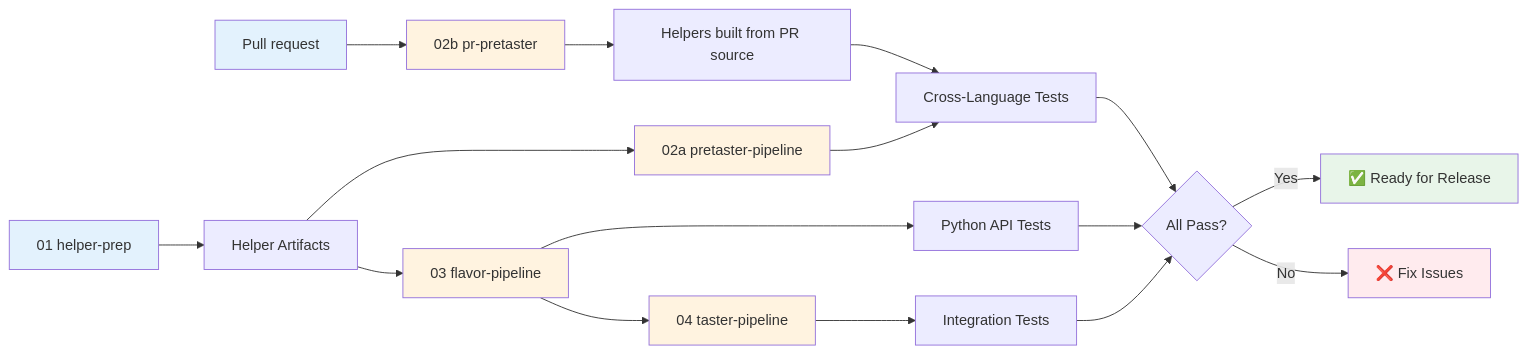
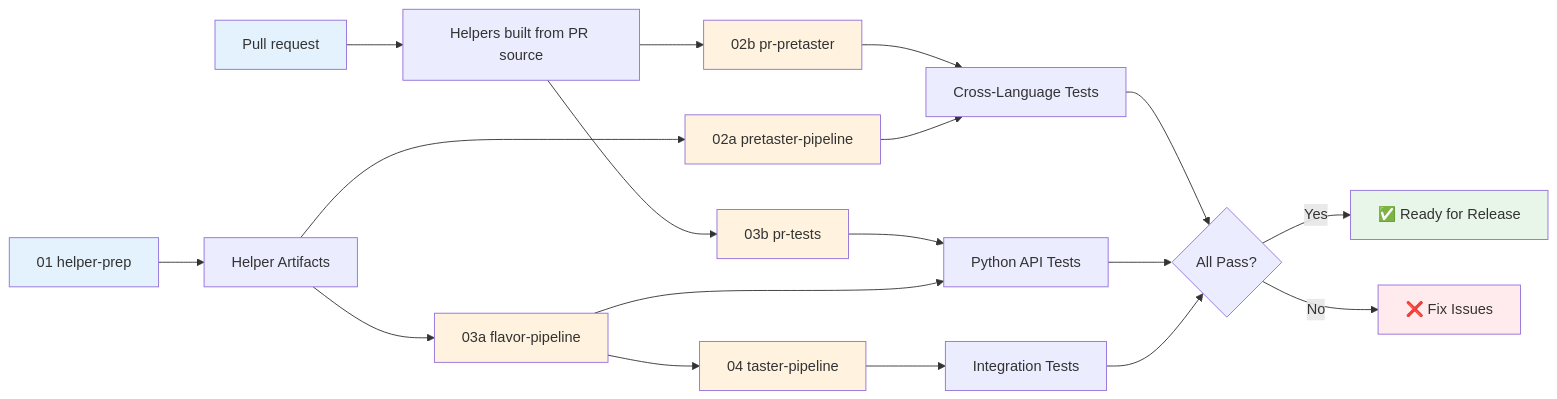
One commit to provide-io/flavorpack changed the diagram in docs/development/ci-cd.md. Above: the diagram before and after it, drawn with Mermaid. The commit also changed other lines of this file and 6 other files, not shown here.

````diff
--- a/docs/development/ci-cd.md
+++ b/docs/development/ci-cd.md
@@ -9,31 +9,34 @@
 ```mermaid
 graph LR
     A[01 helper-prep] --> B[Helper Artifacts]
     B --> C[02a pretaster-pipeline]
-    B --> D[03 flavor-pipeline]
+    B --> D[03a flavor-pipeline]
     D --> E[04 taster-pipeline]
 
-    P[Pull request] --> Q[02b pr-pretaster]
-    Q --> R[Helpers built from PR source]
-    R --> F
+    P[Pull request] --> R[Helpers built from PR source]
+    R --> Q[02b pr-pretaster]
+    R --> S[03b pr-tests]
+    Q --> F
+    S --> G
 
     C --> F[Cross-Language Tests]
     D --> G[Python API Tests]
     E --> H[Integration Tests]
 
     F --> I{All Pass?}
     G --> I
     H --> I
 
     I -->|Yes| J[✅ Ready for Release]
     I -->|No| K[❌ Fix Issues]
 
     style A fill:#e3f2fd
     style P fill:#e3f2fd
     style C fill:#fff3e0
     style D fill:#fff3e0
     style E fill:#fff3e0
     style Q fill:#fff3e0
+    style S fill:#fff3e0
     style J fill:#e8f5e9
     style K fill:#ffebee
 ```
````
